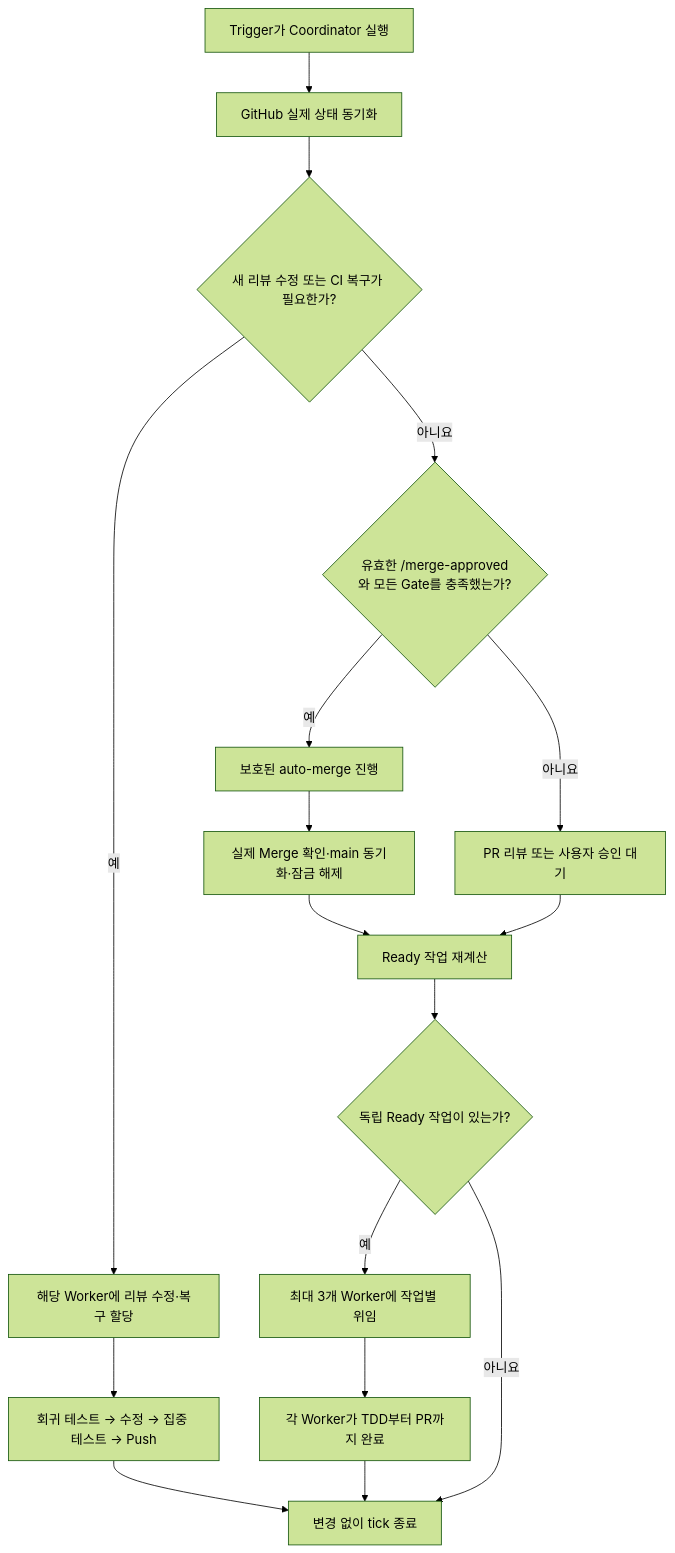
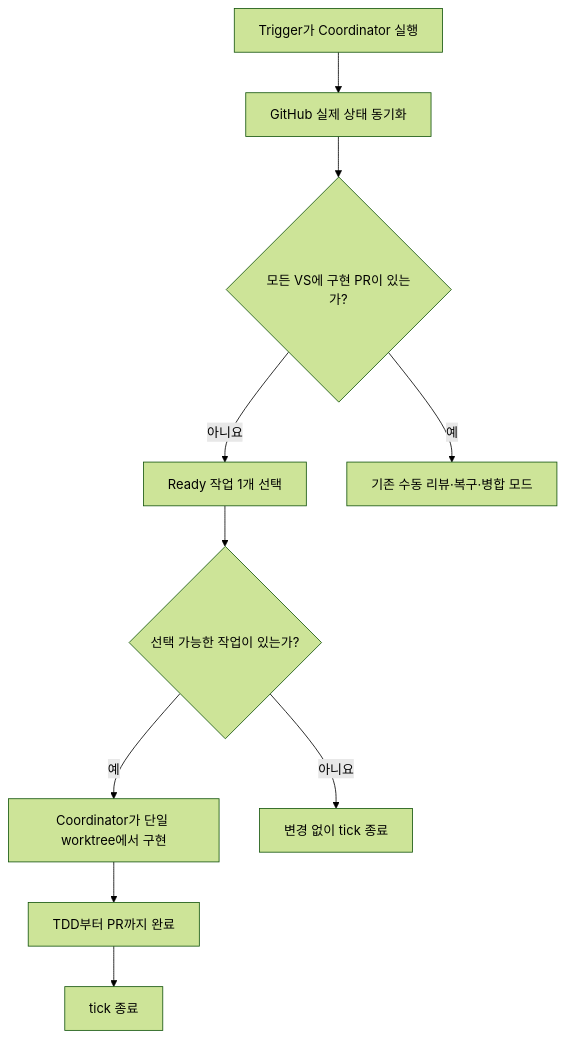
The second of 6 diagrams in docs/workflow/AGENT_WORKFLOW_GUIDE.md (OpenSeedDev/openseed-be), drawn with Mermaid (forest theme) before and after one commit. The commit also changed other lines of this file and 8 other files, not shown here.

````diff
--- a/docs/workflow/AGENT_WORKFLOW_GUIDE.md
+++ b/docs/workflow/AGENT_WORKFLOW_GUIDE.md
@@ -114,19 +109,12 @@
 ```mermaid
 flowchart TD
   A["Trigger가 Coordinator 실행"] --> B["GitHub 실제 상태 동기화"]
-  B --> C{"새 리뷰 수정 또는 CI 복구가 필요한가?"}
-  C -- "예" --> D["해당 Worker에 리뷰 수정·복구 할당"]
-  D --> E["회귀 테스트 → 수정 → 집중 테스트 → Push"]
-  E --> N["현재 tick 종료·다음 tick에서 CI 회수"]
-  C -- "아니요" --> F{"유효한 /merge-approved와 모든 Gate를 충족했는가?"}
-  F -- "예" --> G["보호된 auto-merge 진행"]
-  G --> H["실제 Merge 확인·main 동기화·잠금 해제"]
-  F -- "아니요" --> I["PR 리뷰 또는 사용자 승인 대기"]
-  H --> J["Ready 작업 재계산"]
-  I --> J
-  J --> K{"독립 Ready 작업이 있는가?"}
-  K -- "예" --> L["최대 3개 Worker에 작업별 위임"]
-  L --> M["각 Worker가 TDD부터 PR까지 완료"]
-  M --> N
-  K -- "아니요" --> N["변경 없이 tick 종료"]
+  B --> C{"모든 VS에 구현 PR이 있는가?"}
+  C -- "아니요" --> J["Ready 작업 1개 선택"]
+  J --> K{"선택 가능한 작업이 있는가?"}
+  K -- "예" --> L["Coordinator가 단일 worktree에서 구현"]
+  L --> M["TDD부터 PR까지 완료"]
+  M --> N["tick 종료"]
+  K -- "아니요" --> Z["변경 없이 tick 종료"]
+  C -- "예" --> R["기존 수동 리뷰·복구·병합 모드"]
 ```
````
